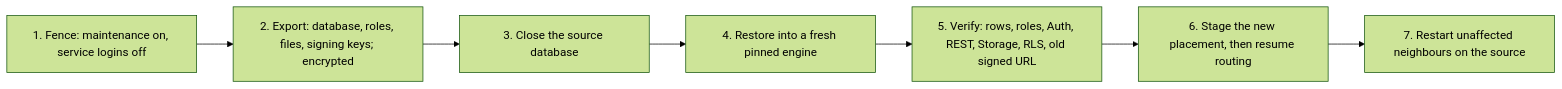
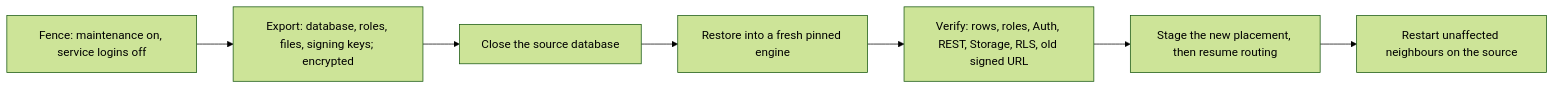
Before and after one commit to M7MMAD-OMAR/sbarbase: the diagram in docs/explain/recovery.md, drawn with Mermaid (forest theme). The commit also changed other lines of this file and 2 other files, not shown here.

Commit message:
docs: state export downtime, cover moved environments in backups, add trust boundary
The cold backup now stops and copies the recovery target as well, since a
moved environment lives only on its volumes. The backup guide and the
recovery explanation say plainly that a consistent export stops shared
Storage and takes every environment on the engine offline. The
architecture page gains its trust boundary paragraph, and the recovery
diagram drops numbered labels that Mermaid may read as a list.

````diff
--- a/docs/explain/recovery.md
+++ b/docs/explain/recovery.md
@@ -18,9 +18,9 @@
 ```mermaid
 flowchart LR
-  A["1. Fence: maintenance on, service logins off"] --> B["2. Export: database, roles, files, signing keys; encrypted"]
-  B --> C["3. Close the source database"]
-  C --> D["4. Restore into a fresh pinned engine"]
-  D --> E["5. Verify: rows, roles, Auth, REST, Storage, RLS, old signed URL"]
-  E --> F["6. Stage the new placement, then resume routing"]
-  F --> G["7. Restart unaffected neighbours on the source"]
+  A["Fence: maintenance on, service logins off"] --> B["Export: database, roles, files, signing keys; encrypted"]
+  B --> C["Close the source database"]
+  C --> D["Restore into a fresh pinned engine"]
+  D --> E["Verify: rows, roles, Auth, REST, Storage, RLS, old signed URL"]
+  E --> F["Stage the new placement, then resume routing"]
+  F --> G["Restart unaffected neighbours on the source"]
 ```
````
